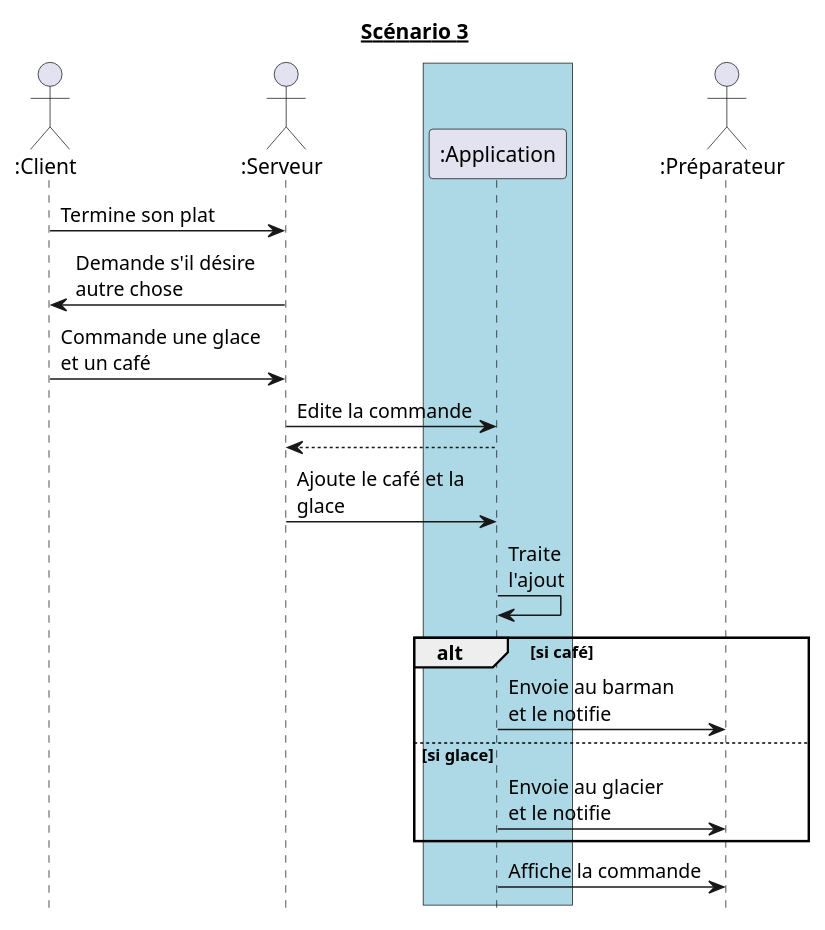
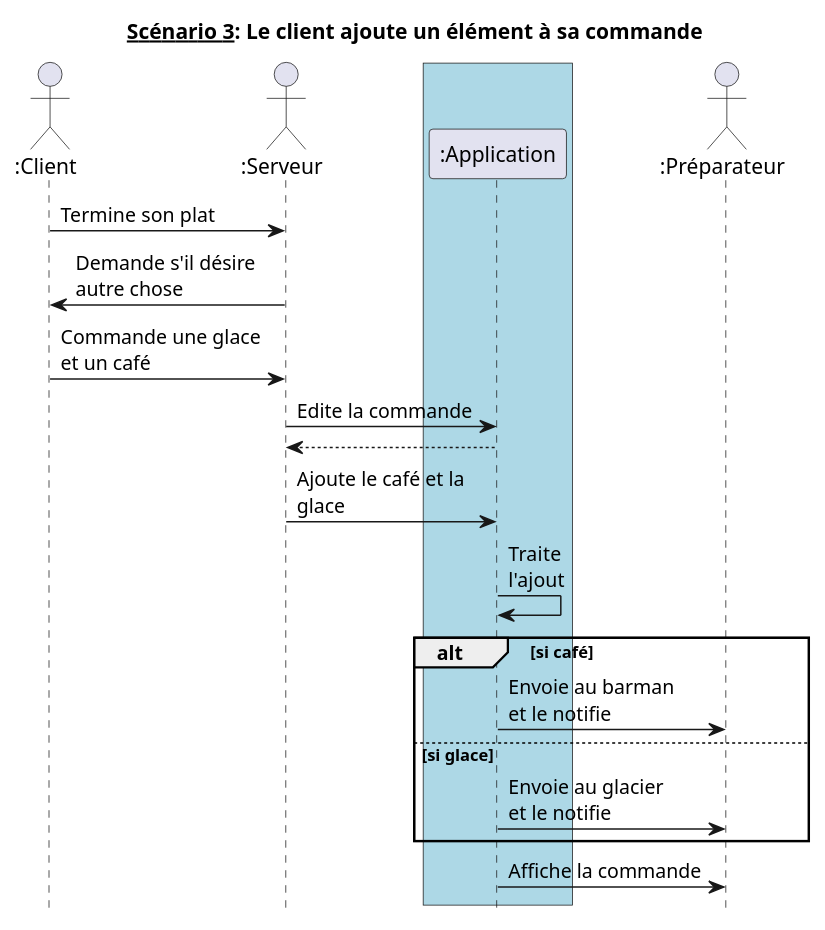
One commit to hulskenA/GL-Les_seigneurs_du_resto changed the diagram in diagrammes_sequences/ds3.md. Above: the diagram before and after it, drawn with PlantUML. The commit also changed 14 other files, not shown here.

````diff
--- a/diagrammes_sequences/ds3.md
+++ b/diagrammes_sequences/ds3.md
@@ -1,32 +1,32 @@
 ```puml
 @startuml
 hide footbox
-title __Scénario 3__
+title __Scénario 3__: Le client ajoute un élément à sa commande
 
 actor ":Client" as client order 10
 actor ":Serveur" as serveur order 20
 actor ":Préparateur" as preparateur order 30
 box #Lightblue
     participant ":Application" as app order 20
 endbox
 
 client -> serveur : Termine son plat
 client <- serveur : Demande s'il désire\nautre chose
 client -> serveur : Commande une glace\net un café
 
 serveur -> app : Edite la commande
 serveur <-- app
 serveur -> app : Ajoute le café et la\nglace
 
 app -> app : Traite\nl'ajout
 
 alt si café
     app -> preparateur : Envoie au barman\net le notifie
 else si glace
     app -> preparateur : Envoie au glacier\net le notifie
 end
 
 app -> preparateur : Affiche la commande
 
 @enduml
 ```
````
